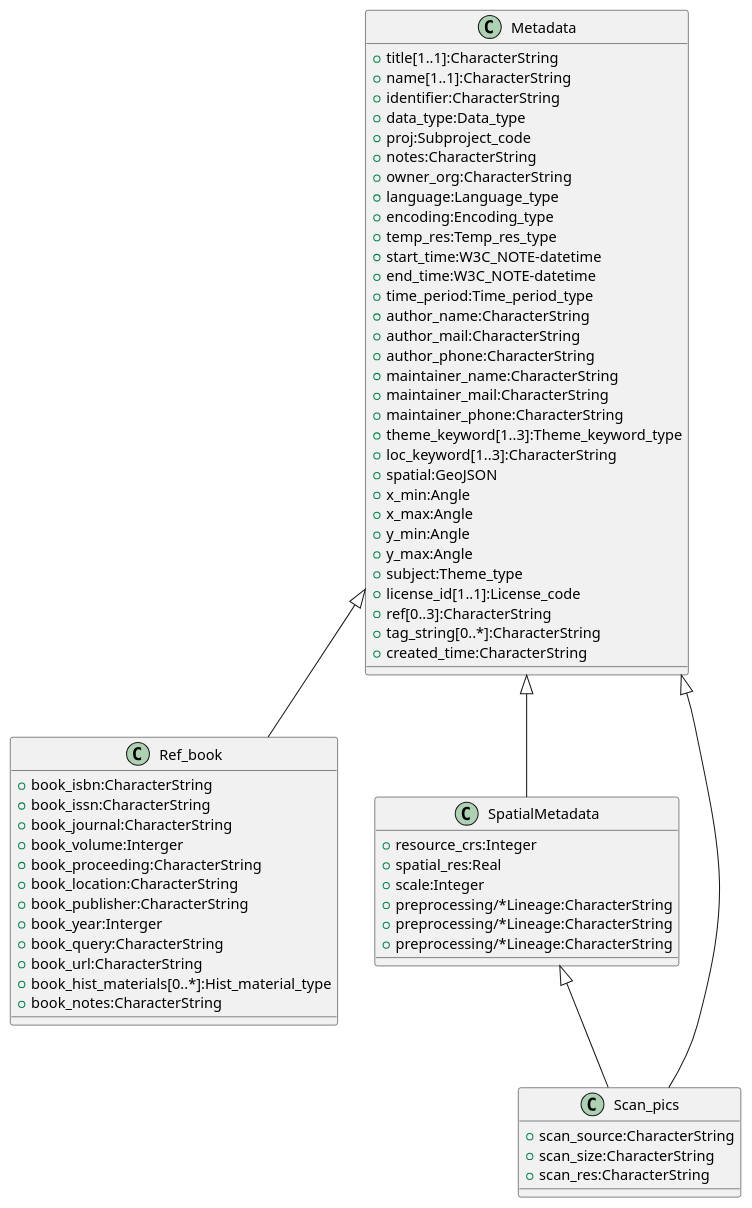
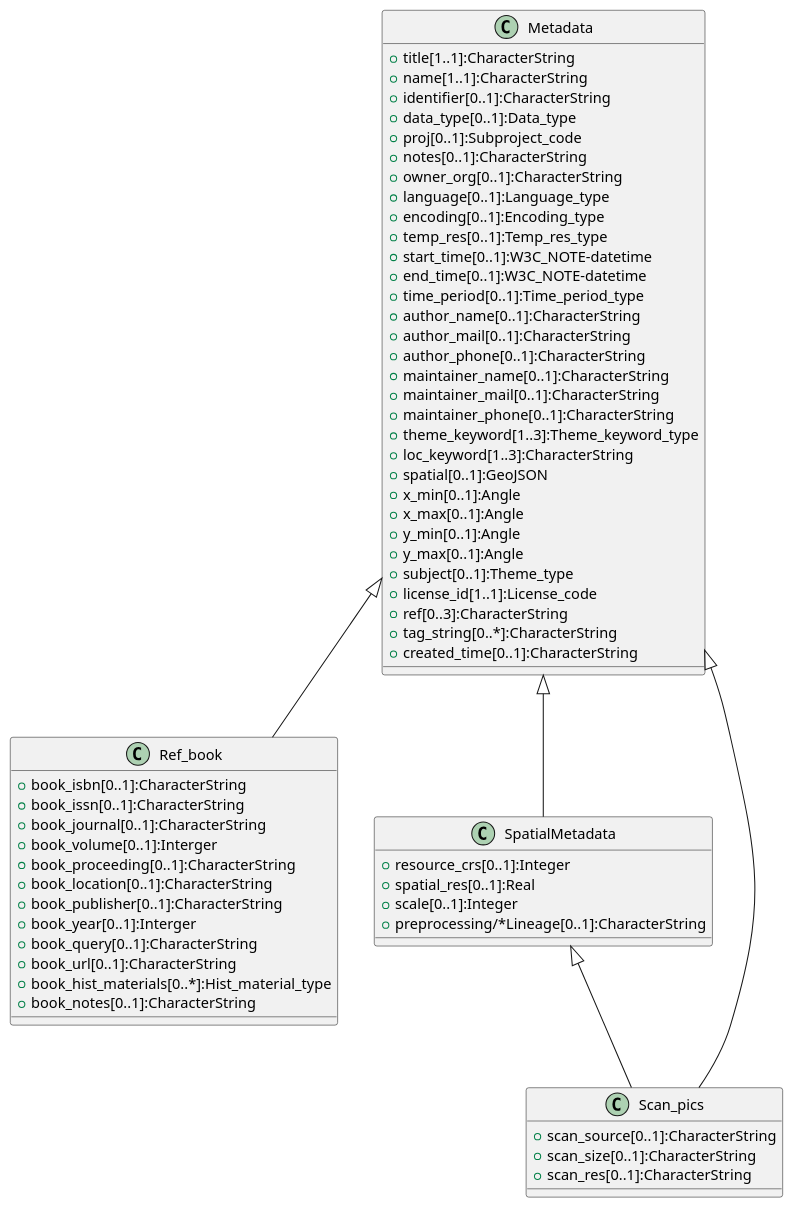
The first of 3 diagrams in UML_source.md (gipong/ckanschema-json-to-docs), drawn with PlantUML before and after one commit. The commit also changed other lines of this file and 78 other files, not shown here.

```diff
--- a/UML_source.md
+++ b/UML_source.md
@@ -10,55 +10,55 @@
     /'{"def":"資料集名稱","zhTW":"標題","值域":"自由文字"}'/
     +name[1..1]:CharacterString 
     /'{"def":"資料集詮釋資料網址 ","zhTW":"網址","值域":"unicode","note":"為CKAN預設之欄位"}'/
-    +identifier:CharacterString 
+    +identifier[0..1]:CharacterString
     /'{"def":"資料集檔案原始具有之唯一識別碼","zhTW":"識別碼","值域":"自由文字"}'/
-    +data_type:Data_type 
+    +data_type[0..1]:Data_type
     /'{"def":"資料集所屬之類型","zhTW":"資料類型","值域":"codelist"}'/
-    +proj:Subproject_code 
+    +proj[0..1]:Subproject_code
     /'{"def":"資料集所屬之子計畫","zhTW":"所屬子計畫","值域":"codelist"}'/
-    +notes:CharacterString 
+    +notes[0..1]:CharacterString
     /'{"def":"資料集之重要特性說明","zhTW":"摘要","值域":"自由文字"}'/
-    +owner_org:CharacterString 
+    +owner_org[0..1]:CharacterString
     /'{"def":"資料集所屬之組織單位","zhTW":"組織","值域":"codelist","note":"為CKAN預設之欄位"}'/
-    +language:Language_type 
+    +language[0..1]:Language_type
     /'{"def":"資料集檔案原始之語系","zhTW":"語言","值域":"codelist"}'/
-    +encoding:Encoding_type 
+    +encoding[0..1]:Encoding_type
     /'{"def":"資料集檔案之字元編碼標準","zhTW":"編碼","值域":"codelist"}'/
-    +temp_res:Temp_res_type 
+    +temp_res[0..1]:Temp_res_type
     /'{"def":"資料集檔案內容所代表時間之最細致時間單位","zhTW":"時間解析度","值域":"codelist"}'/
-    +start_time:W3C_NOTE-datetime 
+    +start_time[0..1]:W3C_NOTE-datetime
     /'{"def":"資料集檔案內容所代表時間之起始時間點(段)","zhTW":"起始時間","值域":"由時間解析度決定。接受的格式為 'YYYY' (年/十年/百年)、'YYYY-MM' (月)、'YYYY-MM-DD' (日)。Depend on the temporal resolution setting. Acceptable formats: 'YYYY', 'YYYY-MM', or 'YYYY-MM-DD'."}'/
-    +end_time:W3C_NOTE-datetime 
+    +end_time[0..1]:W3C_NOTE-datetime
     /'{"def":"資料集檔案內容所代表時間之結束時間點(段)","zhTW":"結束時間","值域":"由時間解析度決定。接受的格式為 'YYYY' (年/十年/百年)、'YYYY-MM' (月)、'YYYY-MM-DD' (日)。Depend on the temporal resolution setting. Acceptable formats: 'YYYY', 'YYYY-MM', or 'YYYY-MM-DD'."}'/
-    +time_period:Time_period_type 
+    +time_period[0..1]:Time_period_type
     /'{"def":"資料集檔案內容所代表時間之歷史時期","zhTW":"時間區間捷徑","值域":"codelist"}'/
-    +author_name:CharacterString 
+    +author_name[0..1]:CharacterString
     /'{"def":"資料集檔案之原始創作者或單位","zhTW":"作者","值域":"自由文字"}'/
-    +author_mail:CharacterString 
+    +author_mail[0..1]:CharacterString
     /'{"def":"創作者(單位)之電子郵件信箱","zhTW":"作者電子郵件","值域":"自由文字"}'/
-    +author_phone:CharacterString 
+    +author_phone[0..1]:CharacterString
     /'{"def":"創作者(單位)之聯絡電話","zhTW":"作者聯絡電話","值域":"自由文字"}'/
-    +maintainer_name:CharacterString 
+    +maintainer_name[0..1]:CharacterString
     /'{"def":"負責維護資料集檔案之人員或單位","zhTW":"維護者","值域":"自由文字"}'/
-    +maintainer_mail:CharacterString 
+    +maintainer_mail[0..1]:CharacterString
     /'{"def":"維護者之電子郵件信箱","zhTW":"維護者電子郵件","值域":"自由文字"}'/
-    +maintainer_phone:CharacterString 
+    +maintainer_phone[0..1]:CharacterString
     /'{"def":"維護者之聯絡電話","zhTW":"維護者聯絡電話","值域":"自由文字"}'/
     +theme_keyword[1..3]:Theme_keyword_type 
     /'{"def":"可具體描述資料集主題的常用字彙或專有名詞","zhTW":"主題關鍵字","值域":"codelist"}'/
     +loc_keyword[1..3]:CharacterString 
     /'{"def":"可具體描述資料集空間範圍的地名或專有名詞","zhTW":"空間範圍關鍵字","值域":"codelist"}'/
-    +spatial:GeoJSON 
+    +spatial[0..1]:GeoJSON
     /'{"def":"描述資料檔案所涵蓋之空間範圍","zhTW":"空間範圍","值域":"自由文字","note":"為CKAN預設之欄位"}'/
-    +x_min:Angle 
+    +x_min[0..1]:Angle
     /'{"def":"資料檔案內容所涵蓋空間範圍之最西經度，以角度表示","zhTW":"最西經度值","值域":"-180,0 <= 最西經度值<= 180,0"}'/
-    +x_max:Angle 
+    +x_max[0..1]:Angle
     /'{"def":"資料檔案內容所涵蓋空間範圍之最東經度，以角度表示","zhTW":"最東經度值","值域":"-180,0 <= 最東經度值<= 180,0"}'/
-    +y_min:Angle 
+    +y_min[0..1]:Angle
     /'{"def":"資料檔案內容所涵蓋空間範圍之最南緯度，以角度表示","zhTW":"最南緯度值","值域":"-90,0 <= 最南緯度值<= 90,0;"}'/
-    +y_max:Angle
+    +y_max[0..1]:Angle
     /'{"def":"資料檔案內容所涵蓋空間範圍之最北緯度，以角度表示","zhTW":"最北緯度值","值域":"-90,0 <= 最北緯度值<= 90,0;"}'/
-    +subject:Theme_type 
+    +subject[0..1]:Theme_type
     /'{"def":"資料檔案內容描述現象之主題分類","zhTW":"主題分類","值域":"codelist"}'/
     +license_id[1..1]:License_code 
     /'{"def":"資料檔案授權之方式","zhTW":"授權","值域":"codelist"}'/
@@ -66,57 +66,53 @@
     /'{"def":"資料集有關之參考資源描述","zhTW":"參考來源","值域":"自由文字"}'/
     +tag_string[0..*]:CharacterString 
     /'{"def":"描述資料集主題或空間的字彙標籤","zhTW":"主題分類","值域":"自由文字","note":"為CKAN預設之欄位"}'/
-    +created_time:CharacterString 
+    +created_time[0..1]:CharacterString
     /'{"def":"資料集檔案產出時間","zhTW":"主題分類","值域":"此處填寫資料產出時間，接受的格式為 'YYYY'、'YYYY-MM'、'YYYY-MM-DD'。若未填寫月 (日)，則由 '01' 取代。The time when data become available. Acceptable formats: 'YYYY', 'YYYY-MM', or 'YYYY-MM-DD'. Missing month (Day) will be filled with '01'"}'/
   }
   Class Ref_book {
-    +book_isbn:CharacterString
+    +book_isbn[0..1]:CharacterString
     /'{"def":"文獻書籍資料之國際標準書號","zhTW":"國際標準書[isbn]","值域":"自由文字"}'/
-    +book_issn:CharacterString
+    +book_issn[0..1]:CharacterString
     /'{"def":"文獻書籍資料之國際標準叢刊號","zhTW":"國際標準叢刊號[issn]","值域":"自由文字"}'/
-    +book_journal:CharacterString
+    +book_journal[0..1]:CharacterString
     /'{"def":"文獻書籍資料之期刊名稱","zhTW":"期刊名稱","值域":"自由文字"}'/
-    +book_volume:Interger
+    +book_volume[0..1]:Interger
     /'{"def":"文獻書籍資料之卷號","zhTW":"卷期","值域":"整數"}'/
-    +book_proceeding:CharacterString
+    +book_proceeding[0..1]:CharacterString
     /'{"def":"文獻書籍資料之論文集名稱","zhTW":"論文集名稱","值域":"自由文字"}'/
-    +book_location:CharacterString
+    +book_location[0..1]:CharacterString
     /'{"def":"文獻書籍資料之出版地","zhTW":"出版地","值域":"自由文字"}'/
-    +book_publisher:CharacterString
+    +book_publisher[0..1]:CharacterString
     /'{"def":"文獻書籍資料之出版社","zhTW":"出版社","值域":"自由文字"}'/
-    +book_year:Interger
+    +book_year[0..1]:Interger
     /'{"def":"文獻書籍資料之出版年份","zhTW":"出版年份","值域":"整數"}'/
-    +book_query:CharacterString
+    +book_query[0..1]:CharacterString
     /'{"def":"文獻書籍資料之出版社","zhTW":"書目查詢","值域":"自由文字"}'/
-    +book_url:CharacterString
+    +book_url[0..1]:CharacterString
     /'{"def":"文獻書籍資料之電子資源連結","zhTW":"網址","值域":"自由文字"}'/
     +book_hist_materials[0..*]:Hist_material_type
     /'{"def":"文獻書籍資料產出所參考之歷史資源","zhTW":"使用史料","值域":"自由文字"}'/
-    +book_notes:CharacterString
+    +book_notes[0..1]:CharacterString
     /'{"def":"文獻書籍資料之備註說明","zhTW":"備註","值域":"自由文字"}'/
   }
 
   Class SpatialMetadata {
-    +resource_crs:Integer
+    +resource_crs[0..1]:Integer
     /'{"def":"空間資料集之坐標參考系統EPSG代碼","zhTW":"坐標系統","值域":"整數"}'/ 
-    +spatial_res:Real
+    +spatial_res[0..1]:Real
     /'{"def":"空間資料集資料之地面取樣距離","zhTW":"空間解析度","值域":"實數","note":"距離單位為公尺"}'/
-    +scale:Integer
+    +scale[0..1]:Integer
     /'{"def":"空間資料集資料之以等同紙圖或統計圖表比例尺方式所表示之比例尺分母數值","zhTW":"比例尺","值域":"整數","note":"記錄比例尺之分母"}'/
-    +preprocessing/*Lineage:CharacterString
-    /'{"def":"空間資料集資料之處理歷程","zhTW":"處理歷程","值域":"自由文字"}'/ 
-    +preprocessing/*Lineage:CharacterString
-    /'{"def":"空間資料集資料之處理歷程","zhTW":"處理歷程","值域":"自由文字"}'/ 
-    +preprocessing/*Lineage:CharacterString
-    /'{"def":"空間資料集資料之處理歷程","zhTW":"處理歷程","值域":"自由文字"}'/ 
+    +preprocessing/*Lineage[0..1]:CharacterString
+    /'{"def":"空間資料集資料之處理歷程","zhTW":"處理歷程","值域":"自由文字"}'/
   }
 
   Class Scan_pics {
-    +scan_source:CharacterString
+    +scan_source[0..1]:CharacterString
     /'{"def":"掃描圖像之原件來源、名稱或出處","zhTW":"原件來源","值域":"自由文字"}'/ 
-    +scan_size:CharacterString
+    +scan_size[0..1]:CharacterString
     /'{"def":"掃描圖像之原件尺寸大小","zhTW":"原件尺寸","值域":"自由文字","note":"格式為長度x寬度，以公分為單位"}'/ 
-    +scan_res:CharacterString
+    +scan_res[0..1]:CharacterString
     /'{"def":"掃描圖像之掃描解析度數值","zhTW":"掃描解析度","值域":"自由文字","note":"以DPI為單位"}'/ 
   }
 
```
